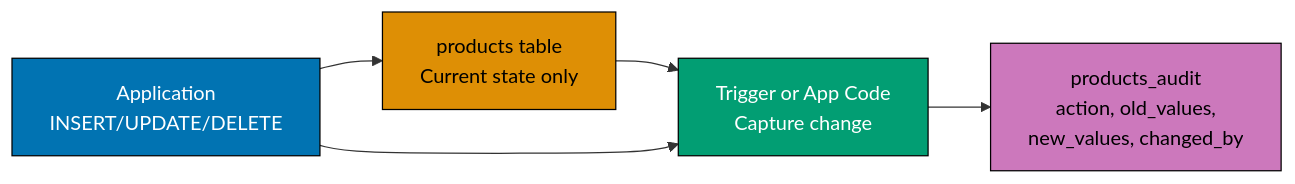
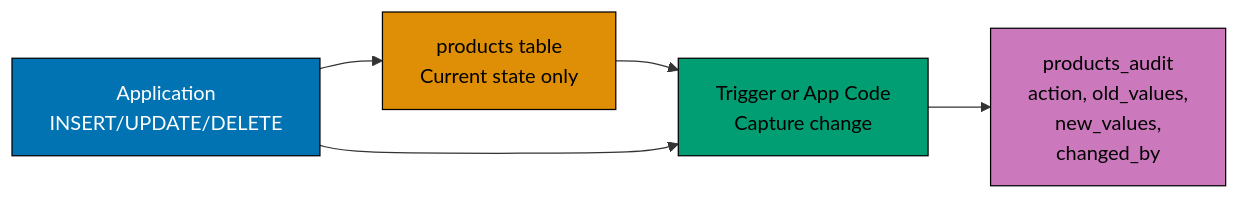
One commit to wahidyankf/ose-public changed the ninth of 10 diagrams in apps/ayokoding-www/content/en/learn/legacy/software-engineering/data/databases/sql/by-example/advanced.md. Above: the diagram before and after it, drawn with Mermaid. The commit also changed other lines of this file and 131 other files, not shown here.

First line of the commit message:
fix(mermaid): bring the legacy data, infrastructure, and testing diagrams onto the accessible palette

````diff
--- a/apps/ayokoding-www/content/en/learn/legacy/software-engineering/data/databases/sql/by-example/advanced.md
+++ b/apps/ayokoding-www/content/en/learn/legacy/software-engineering/data/databases/sql/by-example/advanced.md
@@ -2500,18 +2557,25 @@
 ```mermaid
 %% Color Palette: Blue #0173B2, Orange #DE8F05, Teal #029E73, Purple #CC78BC, Brown #CA9161
 graph LR
+    accTitle: Example 77: Audit Logging
+    accDescr: Graph with 4 nodes and 4 connections. Nodes: Application INSERT/UPDATE/DELETE, products table Current state only, Trigger or App Code Capture change, products_audit action, old_values, new_values, changed_by. Connections: Application INSERT/UPDATE/DELETE to products table Current state only, products table Current state only to Trigger or App Code Capture change, Application INSERT/UPDATE/DELETE to Trigger or App Code Capture change, Trigger or App Code Capture change to products_audit action, old_values, new_values, changed_by.
     A["Application<br/>INSERT/UPDATE/DELETE"]
     B["products table<br/>Current state only"]
     C["Trigger or App Code<br/>Capture change"]
-    D["products_audit<br/>action, old_values,<br/>new_values, changed_by"]
+    D["products_audit<br/>action, old_values,<br/>new_values,<br/>changed_by"]
 
     A --> B
     B --> C
     A --> C
     C --> D
 
-    style A fill:#0173B2,stroke:#000,color:#fff
-    style B fill:#DE8F05,stroke:#000,color:#000
-    style C fill:#029E73,stroke:#000,color:#fff
-    style D fill:#CC78BC,stroke:#000,color:#000
+    classDef pal-0173B2 fill:#0173B2,stroke:#000000,color:#FFFFFF
+    class A pal-0173B2
+    classDef pal-DE8F05 fill:#DE8F05,stroke:#000000,color:#000000
+    class B pal-DE8F05
+    classDef pal-029E73 fill:#029E73,stroke:#000000,color:#000000
+    class C pal-029E73
+    classDef pal-CC78BC fill:#CC78BC,stroke:#000000,color:#000000
+    class D pal-CC78BC
+    classDef default fill:#FFFFFF,stroke:#000000,color:#000000
 ```
````
